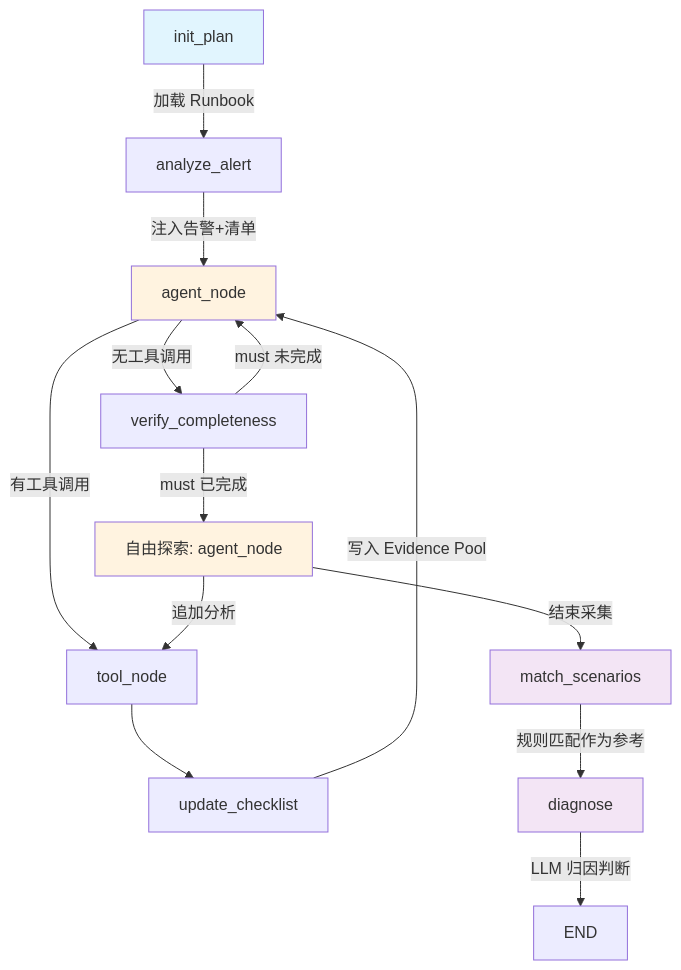
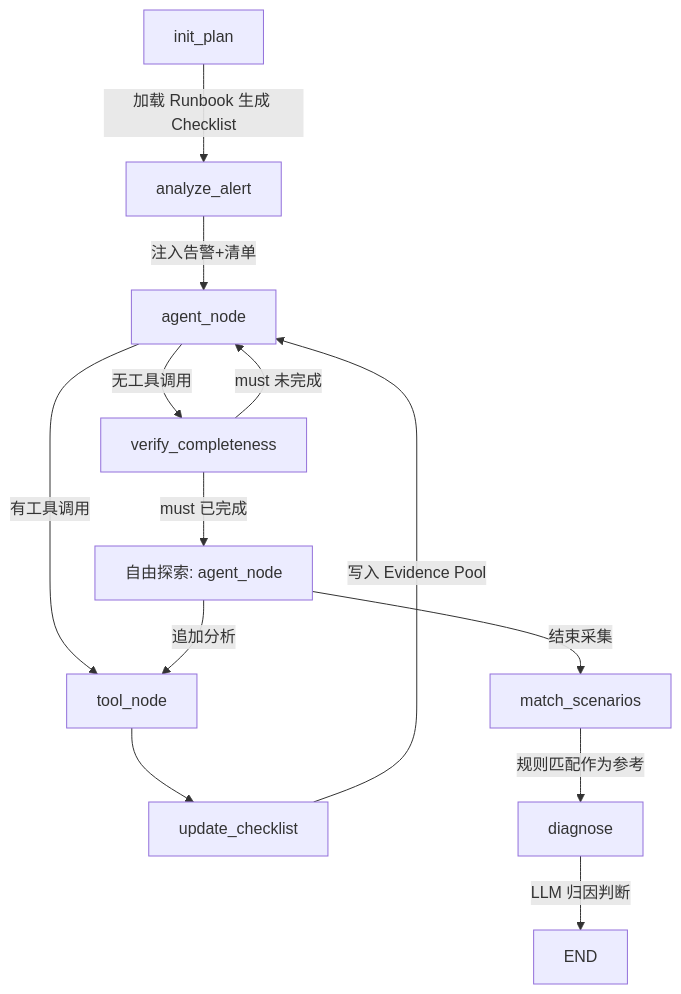
One commit to MkZhang95/aiops-diagnostic-agent changed the diagram in README.md. Above: the diagram before and after it, drawn with Mermaid. The commit also changed other lines of this file and 29 other files, not shown here.

````diff
--- a/README.md
+++ b/README.md
@@ -26,21 +27,15 @@
 ```mermaid
 graph TD
-    A[init_plan] -->|加载 Runbook| B[analyze_alert]
+    A[init_plan] -->|加载 Runbook 生成 Checklist| B[analyze_alert]
     B -->|注入告警+清单| C[agent_node]
     C -->|有工具调用| D[tool_node]
     C -->|无工具调用| E[verify_completeness]
     D --> F[update_checklist]
     F -->|写入 Evidence Pool| C
     E -->|must 未完成| C
     E -->|must 已完成| G[自由探索: agent_node]
     G -->|追加分析| D
     G -->|结束采集| H[match_scenarios]
     H -->|规则匹配作为参考| I[diagnose]
     I -->|LLM 归因判断| J[END]
-
-    style A fill:#e1f5fe
-    style C fill:#fff3e0
-    style G fill:#fff3e0
-    style H fill:#f3e5f5
-    style I fill:#f3e5f5
 ```
````
